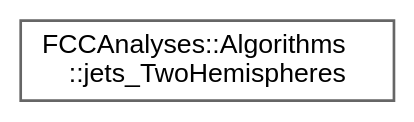
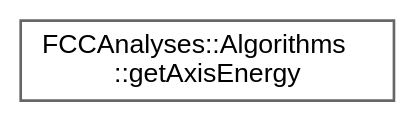
One commit to HEP-FCC/FCCAnalyses changed the diagram in doc/latest/inherit_graph_33.dot. Above: the diagram before and after it, drawn with Graphviz. The commit also changed 173 other files, not shown here.

```diff
--- a/doc/latest/inherit_graph_33.dot
+++ b/doc/latest/inherit_graph_33.dot
@@ -1,9 +1,9 @@
 digraph "Graphical Class Hierarchy"
 {
  // LATEX_PDF_SIZE
   bgcolor="transparent";
   edge [fontname=Helvetica,fontsize=10,labelfontname=Helvetica,labelfontsize=10];
   node [fontname=Helvetica,fontsize=10,shape=box,height=0.2,width=0.4];
   rankdir="LR";
-  Node0 [id="Node000000",label="FCCAnalyses::Algorithms\l::jets_TwoHemispheres",height=0.2,width=0.4,color="grey40", fillcolor="white", style="filled",URL="$structFCCAnalyses_1_1Algorithms_1_1jets__TwoHemispheres.html",tooltip="make \"jets\" by splitting the events into two hemisphere transverse to the thrust axis."];
+  Node0 [id="Node000000",label="FCCAnalyses::Algorithms\l::getAxisEnergy",height=0.2,width=0.4,color="grey40", fillcolor="white", style="filled",URL="$structFCCAnalyses_1_1Algorithms_1_1getAxisEnergy.html",tooltip="Get the energy in a given hemisphere (defined by it's angle wrt to axis). Returns 3 values: total,..."];
 }
```
